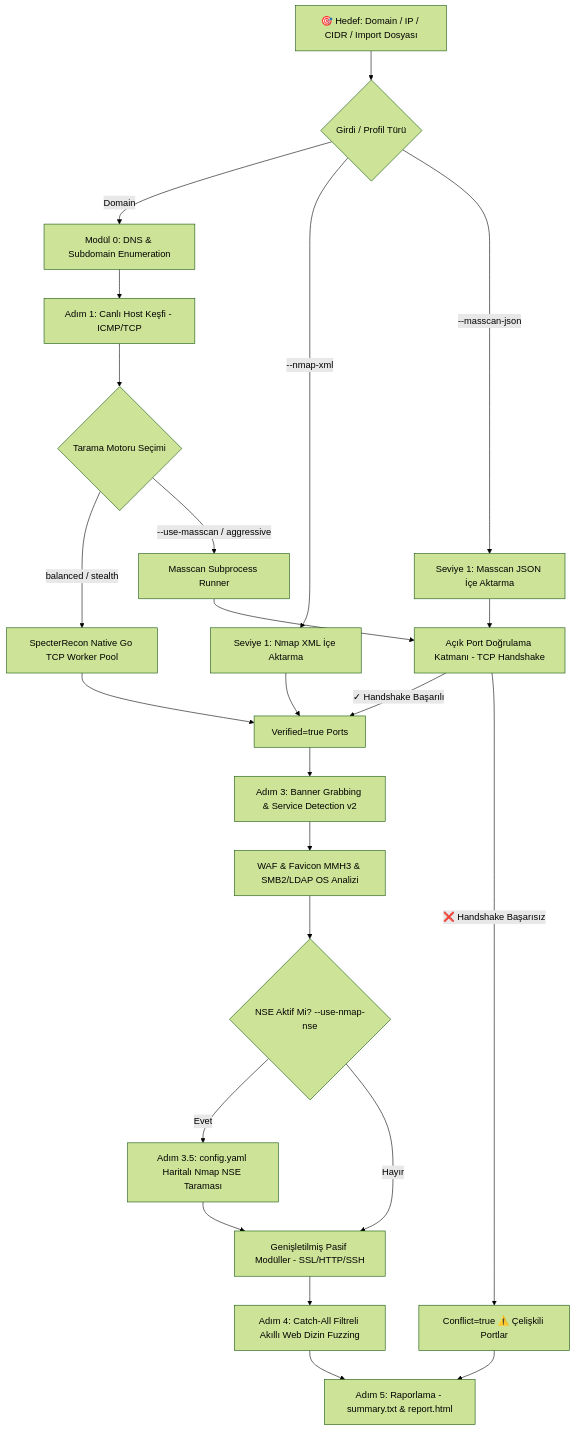
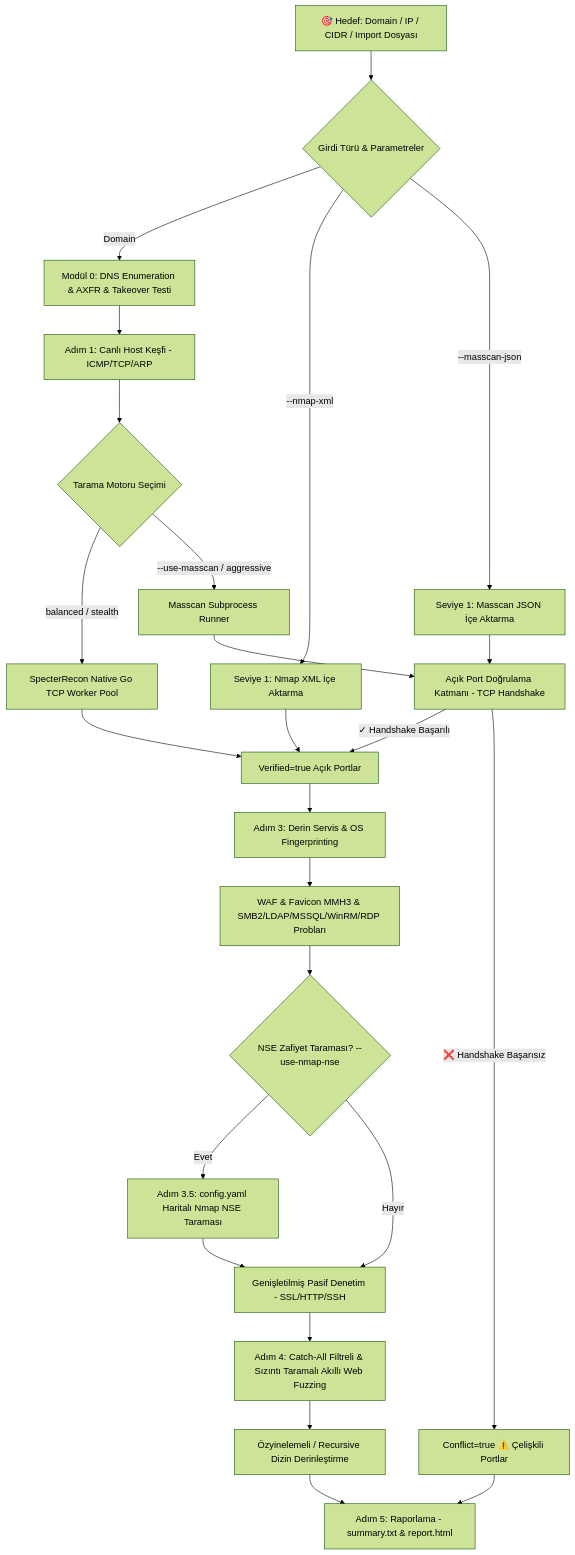
One commit to 1Ssalih/SpecterRecon changed the diagram in README.md. Above: the diagram before and after it, drawn with Mermaid (forest theme). The commit also changed other lines of this file, not shown here.

Commit message:
docs: Comprehensive update to README.md covering Enterprise Recon Engine v0.8.0 capabilities, DNS security, secret scanning, recursive fuzzing, and interactive shell

````diff
--- a/README.md
+++ b/README.md
@@ -85,35 +91,36 @@
 ```mermaid
 flowchart TD
-    A[🎯 Hedef: Domain / IP / CIDR / Import Dosyası] --> B{Girdi / Profil Türü}
+    A[🎯 Hedef: Domain / IP / CIDR / Import Dosyası] --> B{Girdi Türü & Parametreler}
     
-    B -->|Domain| C[Modül 0: DNS & Subdomain Enumeration]
+    B -->|Domain| C[Modül 0: DNS Enumeration & AXFR & Takeover Testi]
     B -->|--nmap-xml| D[Seviye 1: Nmap XML İçe Aktarma]
     B -->|--masscan-json| E[Seviye 1: Masscan JSON İçe Aktarma]
     
-    C --> F[Adım 1: Canlı Host Keşfi - ICMP/TCP]
+    C --> F[Adım 1: Canlı Host Keşfi - ICMP/TCP/ARP]
     
     F --> G{Tarama Motoru Seçimi}
     G -->|balanced / stealth| H[SpecterRecon Native Go TCP Worker Pool]
     G -->|--use-masscan / aggressive| I[Masscan Subprocess Runner]
     
     E --> J[Açık Port Doğrulama Katmanı - TCP Handshake]
     I --> J
     
-    J -->|✓ Handshake Başarılı| K[Verified=true Ports]
+    J -->|✓ Handshake Başarılı| K[Verified=true Açık Portlar]
     J -->|❌ Handshake Başarısız| L[Conflict=true ⚠️ Çelişkili Portlar]
     
     H --> K
     D --> K
     
-    K --> M[Adım 3: Banner Grabbing & Service Detection v2]
-    M --> N[WAF & Favicon MMH3 & SMB2/LDAP OS Analizi]
+    K --> M[Adım 3: Derin Servis & OS Fingerprinting]
+    M --> N[WAF & Favicon MMH3 & SMB2/LDAP/MSSQL/WinRM/RDP Probları]
     
-    N --> O{NSE Aktif Mi? --use-nmap-nse}
+    N --> O{NSE Zafiyet Taraması? --use-nmap-nse}
     O -->|Evet| P[Adım 3.5: config.yaml Haritalı Nmap NSE Taraması]
-    O -->|Hayır| Q[Genişletilmiş Pasif Modüller - SSL/HTTP/SSH]
+    O -->|Hayır| Q[Genişletilmiş Pasif Denetim - SSL/HTTP/SSH]
     P --> Q
     
-    Q --> R[Adım 4: Catch-All Filtreli Akıllı Web Dizin Fuzzing]
-    R --> S[Adım 5: Raporlama - summary.txt & report.html]
+    Q --> R[Adım 4: Catch-All Filtreli & Sızıntı Taramalı Akıllı Web Fuzzing]
+    R --> R2[Özyinelemeli / Recursive Dizin Derinleştirme]
+    R2 --> S[Adım 5: Raporlama - summary.txt & report.html]
     L --> S
 ```
````
